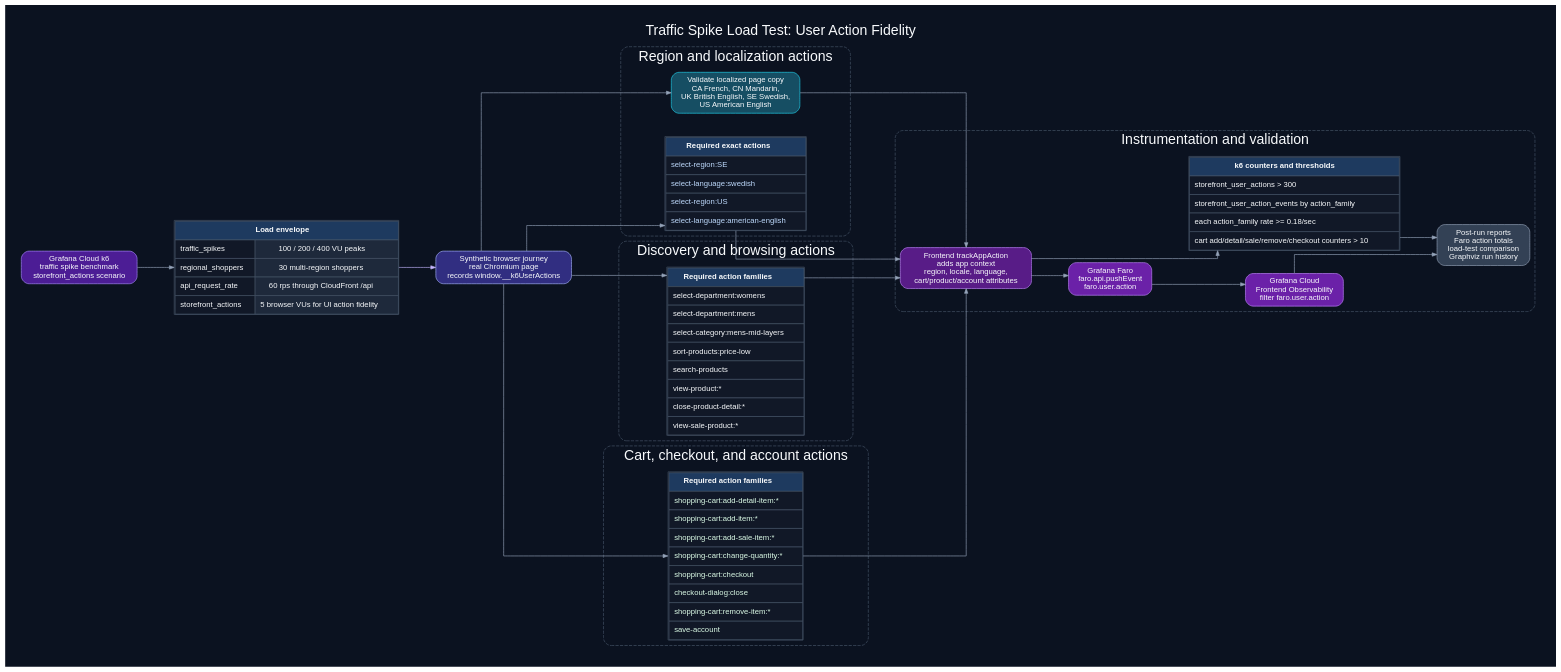
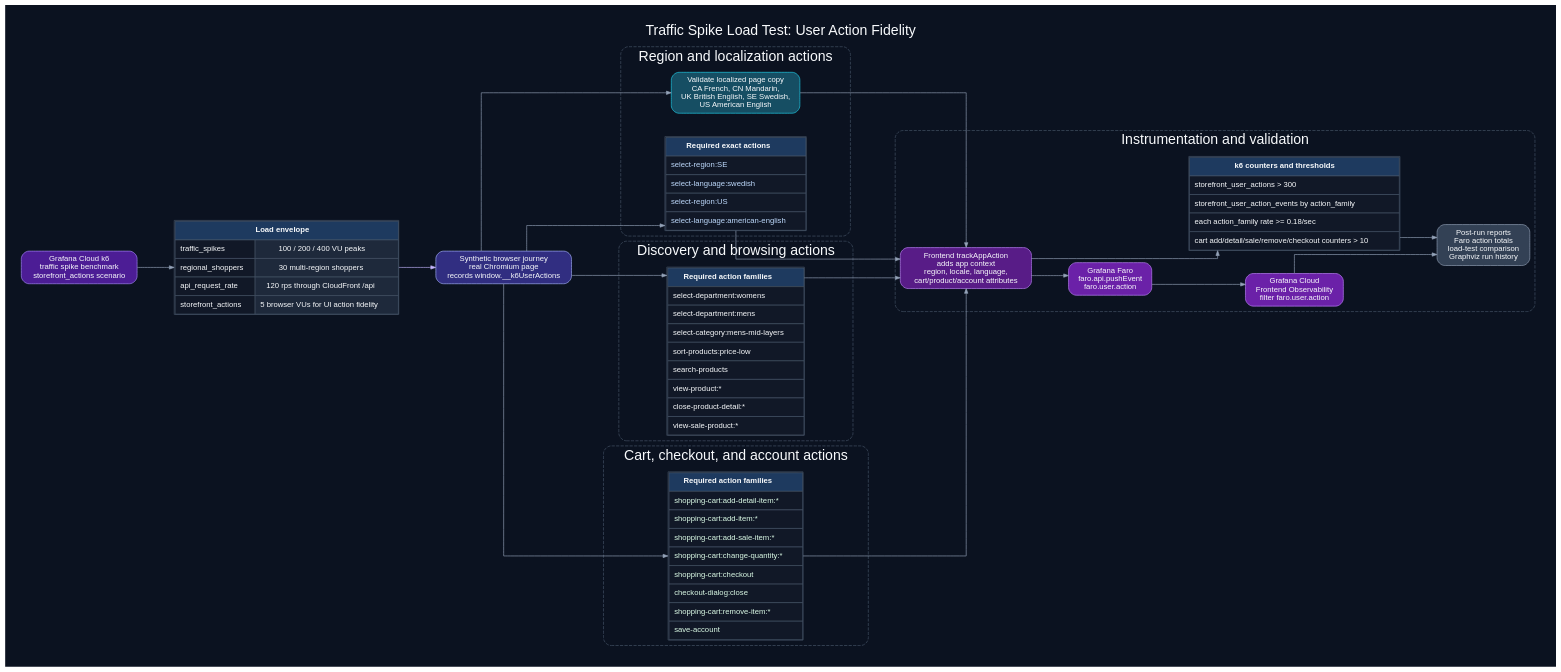
The diagram in docs/graphviz/traffic-spike-load-test-flow.dot (orenlion1/ensemble-retail), drawn with Graphviz before and after one commit. The commit also changed 47 other files, not shown here.

```diff
--- a/docs/graphviz/traffic-spike-load-test-flow.dot
+++ b/docs/graphviz/traffic-spike-load-test-flow.dot
@@ -1,191 +1,191 @@
 digraph traffic_spike_user_action_fidelity {
   graph [
     rankdir=LR,
     bgcolor="#0b1220",
     fontcolor="#f8fafc",
     fontname="Helvetica",
     fontsize=22,
     labelloc=t,
     label="Traffic Spike Load Test: User Action Fidelity",
     pad=0.35,
     nodesep=0.5,
     ranksep=0.8,
     splines=ortho
   ];
 
   node [
     shape=box,
     style="rounded,filled",
     fontname="Helvetica",
     fontsize=12,
     color="#64748b",
     fillcolor="#111827",
     fontcolor="#f8fafc",
     margin="0.13,0.08"
   ];
 
   edge [
     color="#94a3b8",
     fontcolor="#f8fafc",
     fontname="Helvetica",
     fontsize=10,
     arrowsize=0.75
   ];
 
   start [
     label="Grafana Cloud k6\ntraffic spike benchmark\nstorefront_actions scenario",
     fillcolor="#4c1d95",
     color="#a78bfa"
   ];
 
   load_shape [
     shape=plain,
     label=<
       <TABLE BORDER="1" CELLBORDER="1" CELLSPACING="0" CELLPADDING="7" COLOR="#475569">
         <TR><TD BGCOLOR="#1e3a5f" COLSPAN="2"><FONT COLOR="#f8fafc"><B>Load envelope</B></FONT></TD></TR>
         <TR><TD BGCOLOR="#111827" ALIGN="LEFT"><FONT COLOR="#f8fafc">traffic_spikes</FONT></TD><TD BGCOLOR="#1e293b"><FONT COLOR="#f8fafc">100 / 200 / 400 VU peaks</FONT></TD></TR>
         <TR><TD BGCOLOR="#111827" ALIGN="LEFT"><FONT COLOR="#f8fafc">regional_shoppers</FONT></TD><TD BGCOLOR="#1e293b"><FONT COLOR="#f8fafc">30 multi-region shoppers</FONT></TD></TR>
-        <TR><TD BGCOLOR="#111827" ALIGN="LEFT"><FONT COLOR="#f8fafc">api_request_rate</FONT></TD><TD BGCOLOR="#1e293b"><FONT COLOR="#f8fafc">60 rps through CloudFront /api</FONT></TD></TR>
+        <TR><TD BGCOLOR="#111827" ALIGN="LEFT"><FONT COLOR="#f8fafc">api_request_rate</FONT></TD><TD BGCOLOR="#1e293b"><FONT COLOR="#f8fafc">120 rps through CloudFront /api</FONT></TD></TR>
         <TR><TD BGCOLOR="#111827" ALIGN="LEFT"><FONT COLOR="#f8fafc">storefront_actions</FONT></TD><TD BGCOLOR="#1e293b"><FONT COLOR="#f8fafc">5 browser VUs for UI action fidelity</FONT></TD></TR>
       </TABLE>
     >
   ];
 
   browser [
     label="Synthetic browser journey\nreal Chromium page\nrecords window.__k6UserActions",
     fillcolor="#312e81",
     color="#a5b4fc"
   ];
 
   subgraph cluster_region_language {
     label="Region and localization actions";
     color="#475569";
     fontcolor="#f8fafc";
     style="rounded,dashed";
 
     locale_validation [
       label="Validate localized page copy\nCA French, CN Mandarin,\nUK British English, SE Swedish,\nUS American English",
       fillcolor="#164e63",
       color="#22d3ee"
     ];
     region_actions [
       shape=plain,
       label=<
         <TABLE BORDER="1" CELLBORDER="1" CELLSPACING="0" CELLPADDING="7" COLOR="#475569">
           <TR><TD BGCOLOR="#1e3a5f"><FONT COLOR="#f8fafc"><B>Required exact actions</B></FONT></TD></TR>
           <TR><TD BGCOLOR="#111827" ALIGN="LEFT"><FONT COLOR="#bfdbfe">select-region:SE</FONT></TD></TR>
           <TR><TD BGCOLOR="#111827" ALIGN="LEFT"><FONT COLOR="#bfdbfe">select-language:swedish</FONT></TD></TR>
           <TR><TD BGCOLOR="#111827" ALIGN="LEFT"><FONT COLOR="#bfdbfe">select-region:US</FONT></TD></TR>
           <TR><TD BGCOLOR="#111827" ALIGN="LEFT"><FONT COLOR="#bfdbfe">select-language:american-english</FONT></TD></TR>
         </TABLE>
       >
     ];
   }
 
   subgraph cluster_discovery {
     label="Discovery and browsing actions";
     color="#475569";
     fontcolor="#f8fafc";
     style="rounded,dashed";
 
     discovery_actions [
       shape=plain,
       label=<
         <TABLE BORDER="1" CELLBORDER="1" CELLSPACING="0" CELLPADDING="7" COLOR="#475569">
           <TR><TD BGCOLOR="#1e3a5f"><FONT COLOR="#f8fafc"><B>Required action families</B></FONT></TD></TR>
           <TR><TD BGCOLOR="#111827" ALIGN="LEFT"><FONT COLOR="#f8fafc">select-department:womens</FONT></TD></TR>
           <TR><TD BGCOLOR="#111827" ALIGN="LEFT"><FONT COLOR="#f8fafc">select-department:mens</FONT></TD></TR>
           <TR><TD BGCOLOR="#111827" ALIGN="LEFT"><FONT COLOR="#f8fafc">select-category:mens-mid-layers</FONT></TD></TR>
           <TR><TD BGCOLOR="#111827" ALIGN="LEFT"><FONT COLOR="#f8fafc">sort-products:price-low</FONT></TD></TR>
           <TR><TD BGCOLOR="#111827" ALIGN="LEFT"><FONT COLOR="#f8fafc">search-products</FONT></TD></TR>
           <TR><TD BGCOLOR="#111827" ALIGN="LEFT"><FONT COLOR="#f8fafc">view-product:*</FONT></TD></TR>
           <TR><TD BGCOLOR="#111827" ALIGN="LEFT"><FONT COLOR="#f8fafc">close-product-detail:*</FONT></TD></TR>
           <TR><TD BGCOLOR="#111827" ALIGN="LEFT"><FONT COLOR="#f8fafc">view-sale-product:*</FONT></TD></TR>
         </TABLE>
       >
     ];
   }
 
   subgraph cluster_cart_checkout {
     label="Cart, checkout, and account actions";
     color="#475569";
     fontcolor="#f8fafc";
     style="rounded,dashed";
 
     cart_actions [
       shape=plain,
       label=<
         <TABLE BORDER="1" CELLBORDER="1" CELLSPACING="0" CELLPADDING="7" COLOR="#475569">
           <TR><TD BGCOLOR="#1e3a5f"><FONT COLOR="#f8fafc"><B>Required action families</B></FONT></TD></TR>
           <TR><TD BGCOLOR="#111827" ALIGN="LEFT"><FONT COLOR="#dcfce7">shopping-cart:add-detail-item:*</FONT></TD></TR>
           <TR><TD BGCOLOR="#111827" ALIGN="LEFT"><FONT COLOR="#dcfce7">shopping-cart:add-item:*</FONT></TD></TR>
           <TR><TD BGCOLOR="#111827" ALIGN="LEFT"><FONT COLOR="#dcfce7">shopping-cart:add-sale-item:*</FONT></TD></TR>
           <TR><TD BGCOLOR="#111827" ALIGN="LEFT"><FONT COLOR="#dcfce7">shopping-cart:change-quantity:*</FONT></TD></TR>
           <TR><TD BGCOLOR="#111827" ALIGN="LEFT"><FONT COLOR="#dcfce7">shopping-cart:checkout</FONT></TD></TR>
           <TR><TD BGCOLOR="#111827" ALIGN="LEFT"><FONT COLOR="#dcfce7">checkout-dialog:close</FONT></TD></TR>
           <TR><TD BGCOLOR="#111827" ALIGN="LEFT"><FONT COLOR="#dcfce7">shopping-cart:remove-item:*</FONT></TD></TR>
           <TR><TD BGCOLOR="#111827" ALIGN="LEFT"><FONT COLOR="#dcfce7">save-account</FONT></TD></TR>
         </TABLE>
       >
     ];
   }
 
   subgraph cluster_instrumentation {
     label="Instrumentation and validation";
     color="#475569";
     fontcolor="#f8fafc";
     style="rounded,dashed";
 
     app_attrs [
       label="Frontend trackAppAction\nadds app context\nregion, locale, language,\ncart/product/account attributes",
       fillcolor="#581c87",
       color="#c084fc"
     ];
     faro [
       label="Grafana Faro\nfaro.api.pushEvent\nfaro.user.action",
       fillcolor="#6b21a8",
       color="#c084fc"
     ];
     k6_counters [
       shape=plain,
       label=<
         <TABLE BORDER="1" CELLBORDER="1" CELLSPACING="0" CELLPADDING="7" COLOR="#475569">
           <TR><TD BGCOLOR="#1e3a5f"><FONT COLOR="#f8fafc"><B>k6 counters and thresholds</B></FONT></TD></TR>
           <TR><TD BGCOLOR="#111827" ALIGN="LEFT"><FONT COLOR="#f8fafc">storefront_user_actions &gt; 300</FONT></TD></TR>
           <TR><TD BGCOLOR="#111827" ALIGN="LEFT"><FONT COLOR="#f8fafc">storefront_user_action_events by action_family</FONT></TD></TR>
           <TR><TD BGCOLOR="#111827" ALIGN="LEFT"><FONT COLOR="#f8fafc">each action_family rate &gt;= 0.18/sec</FONT></TD></TR>
           <TR><TD BGCOLOR="#111827" ALIGN="LEFT"><FONT COLOR="#f8fafc">cart add/detail/sale/remove/checkout counters &gt; 10</FONT></TD></TR>
         </TABLE>
       >
     ];
     grafana [
       label="Grafana Cloud\nFrontend Observability\nfilter faro.user.action",
       fillcolor="#6b21a8",
       color="#c084fc"
     ];
     report [
       label="Post-run reports\nFaro action totals\nload-test comparison\nGraphviz run history",
       fillcolor="#334155",
       color="#94a3b8"
     ];
   }
 
   start -> load_shape;
   load_shape -> browser [color="#c4b5fd"];
 
   browser -> locale_validation;
   browser -> region_actions;
   browser -> discovery_actions;
   browser -> cart_actions;
 
   region_actions -> app_attrs;
   discovery_actions -> app_attrs;
   cart_actions -> app_attrs;
   locale_validation -> app_attrs;
 
   app_attrs -> faro;
   app_attrs -> k6_counters;
   faro -> grafana;
   k6_counters -> report;
   grafana -> report;
 }
```
